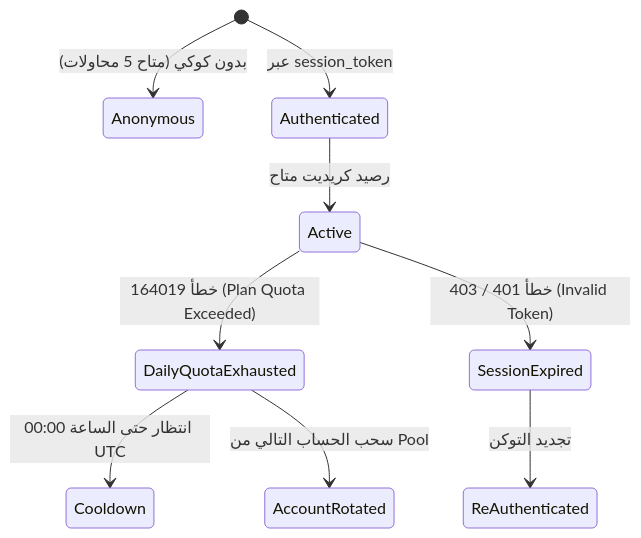
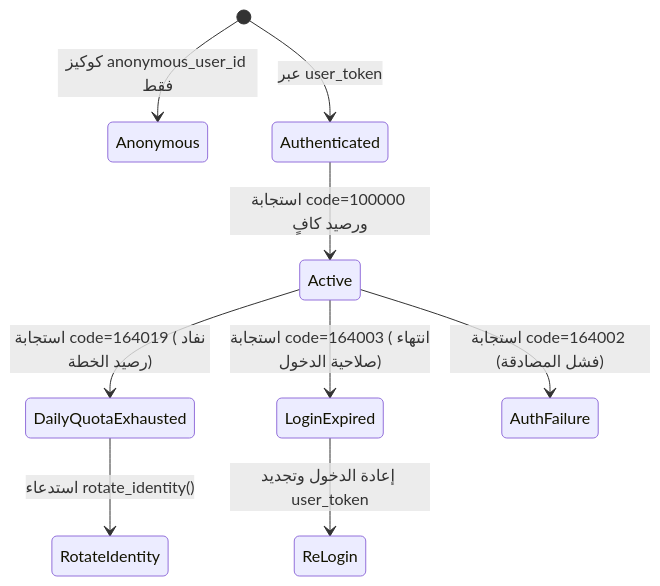
Before and after one commit to zizo123123-code/script-sandbox: the diagram in inventory/notegpt/account.md, drawn with Mermaid. The commit also changed other lines of this file and 7 other files, not shown here.

````diff
--- a/inventory/notegpt/account.md
+++ b/inventory/notegpt/account.md
@@ -22,11 +40,11 @@
 ```mermaid
 stateDiagram-v2
-    [*] --> Anonymous : بدون كوكي (متاح 5 محاولات)
-    [*] --> Authenticated : عبر session_token
-    Authenticated --> Active : رصيد كريديت متاح
-    Active --> DailyQuotaExhausted : خطأ 164019 (Plan Quota Exceeded)
-    DailyQuotaExhausted --> Cooldown : انتظار حتى الساعة 00:00 UTC
-    DailyQuotaExhausted --> AccountRotated : سحب الحساب التالي من Pool
-    Active --> SessionExpired : خطأ 401 / 403 (Invalid Token)
-    SessionExpired --> ReAuthenticated : تجديد التوكن
+    [*] --> Anonymous : كوكيز anonymous_user_id فقط
+    [*] --> Authenticated : عبر user_token
+    Authenticated --> Active : استجابة code=100000 ورصيد كافٍ
+    Active --> DailyQuotaExhausted : استجابة code=164019 (نفاد رصيد الخطة)
+    Active --> LoginExpired : استجابة code=164003 (انتهاء صلاحية الدخول)
+    Active --> AuthFailure : استجابة code=164002 (فشل المصادقة)
+    DailyQuotaExhausted --> RotateIdentity : استدعاء rotate_identity()
+    LoginExpired --> ReLogin : إعادة الدخول وتجديد user_token
 ```
````
